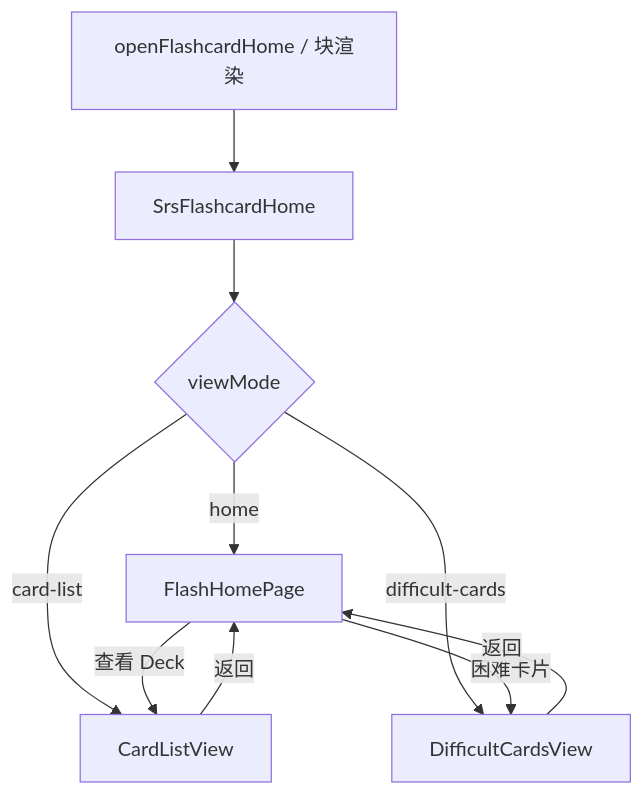
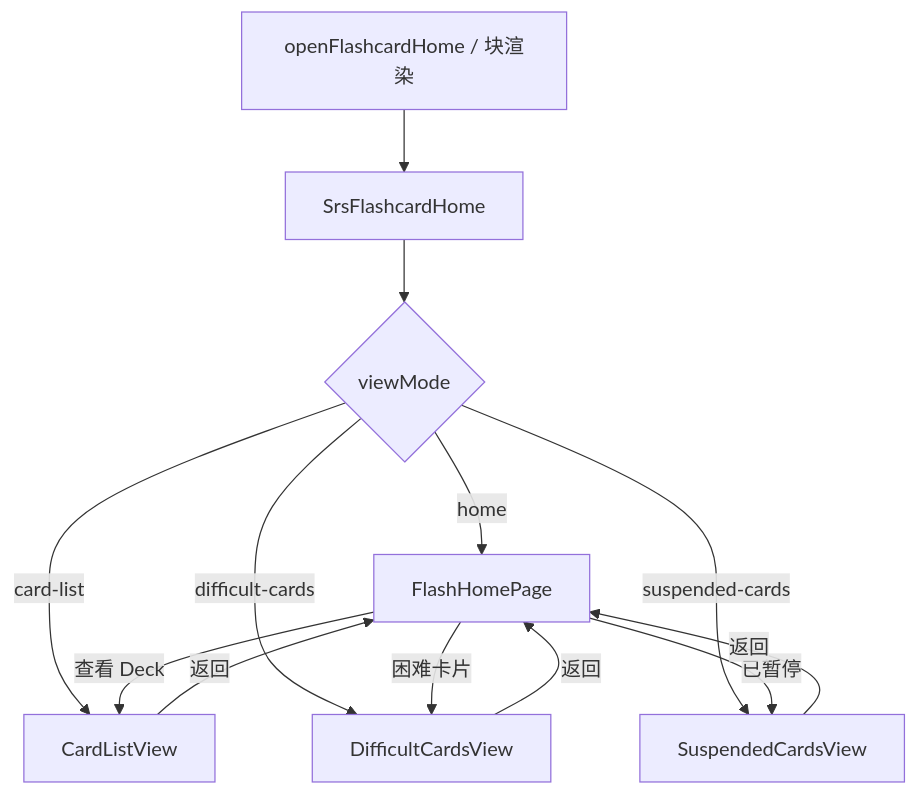
The diagram in 模块文档/SRS_卡片浏览器.md (Samuelxiaozhuofeng/orca-srs-plugin), drawn with Mermaid before and after one commit. The commit also changed other lines of this file and 25 other files, not shown here.

First line of the commit message:
feat: add SuspendedCardsView component and related tests

````diff
--- a/模块文档/SRS_卡片浏览器.md
+++ b/模块文档/SRS_卡片浏览器.md
@@ -68,12 +70,15 @@
 ```mermaid
 flowchart TD
   A[openFlashcardHome / 块渲染] --> B[SrsFlashcardHome]
   B --> C{viewMode}
   C -->|home| D[FlashHomePage]
   C -->|card-list| F[CardListView]
   C -->|difficult-cards| H[DifficultCardsView]
+  C -->|suspended-cards| I[SuspendedCardsView]
   D -->|查看 Deck| F
   D -->|困难卡片| H
+  D -->|已暂停| I
   F -->|返回| D
   H -->|返回| D
+  I -->|返回| D
 ```
````
